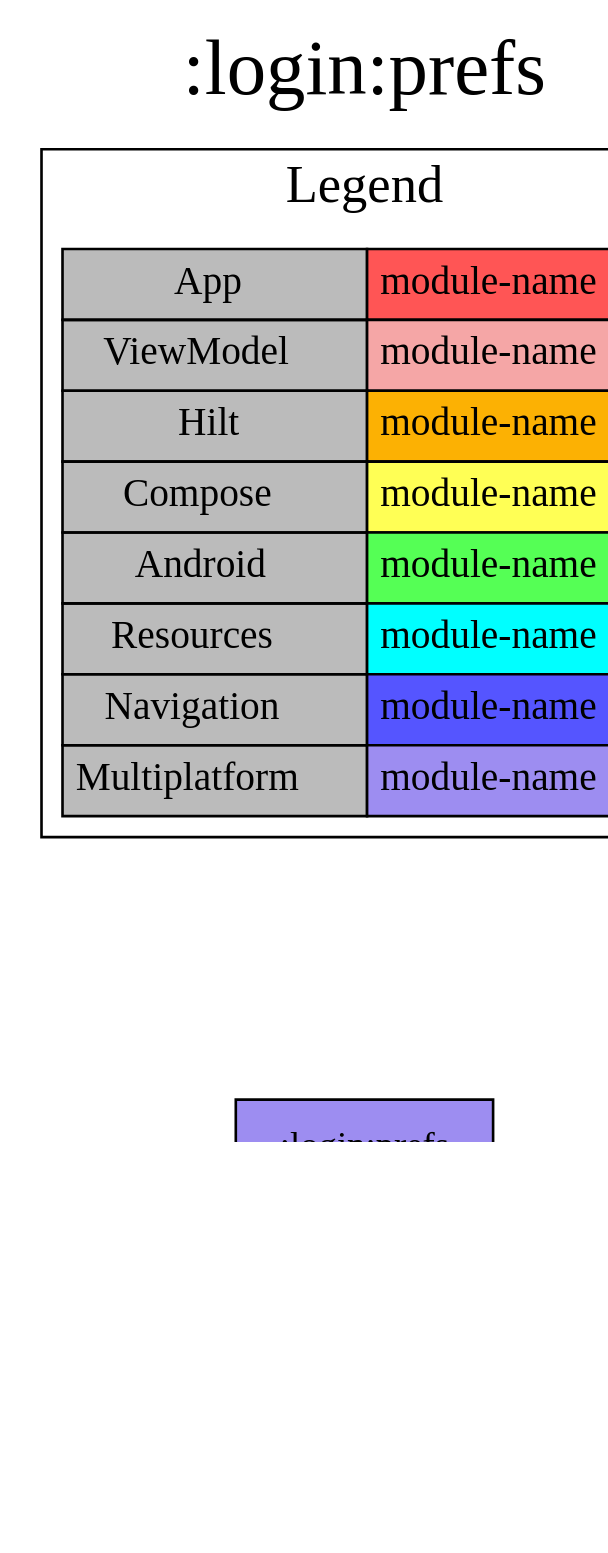
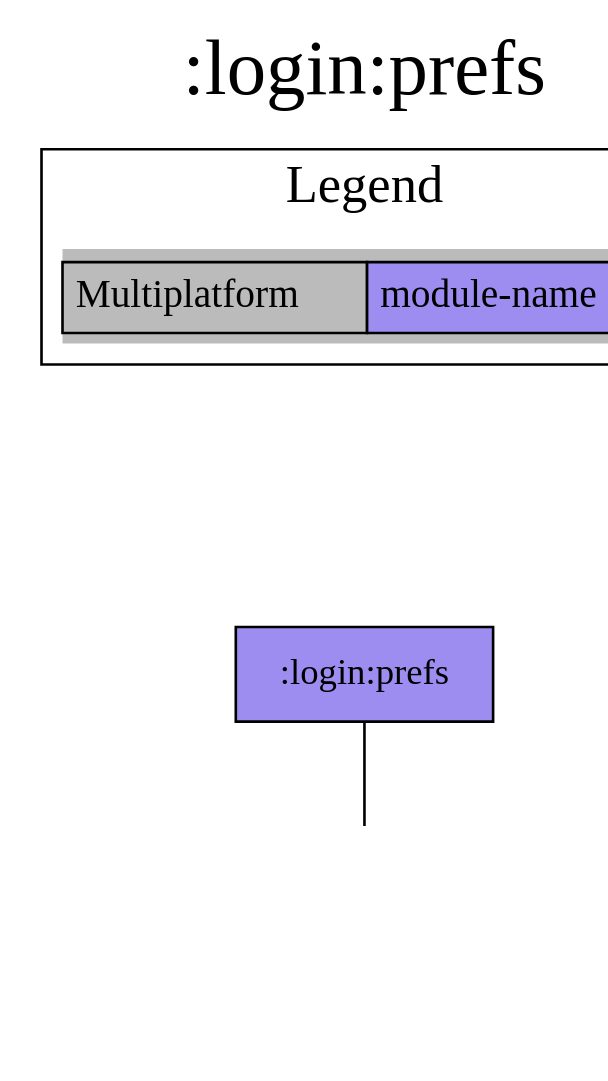
One commit to jonapoul/aktual changed the diagram in modules/login/prefs/project-dependency-graph.dot. Above: the diagram before and after it, drawn with Graphviz. The commit also changed 97 other files, not shown here.

```diff
--- a/modules/login/prefs/project-dependency-graph.dot
+++ b/modules/login/prefs/project-dependency-graph.dot
@@ -1,28 +1,21 @@
 digraph {
 edge ["dir"="forward"]
 graph ["dpi"="100","label"=":login:prefs","labelloc"="t","fontsize"="30","ranksep"="1.5","rankdir"="TB"]
 node ["style"="filled"]
+":login:model" ["fillcolor"="#9D8DF1","shape"="box"]
 ":login:prefs" ["fillcolor"="#9D8DF1","shape"="box"]
-":login:model" ["fillcolor"="#9D8DF1","shape"="box"]
 {
 edge ["dir"="none"]
 graph ["rank"="same"]
 }
 ":login:prefs" -> ":login:model"
 subgraph "cluster_legend" {
 edge ["dir"="none"]
 graph ["label"="Legend","fontsize"="20"]
 "Legend" ["style"="filled","fillcolor"="#bbbbbb","shape"="none","margin"="0","fontsize"="15","label"=<
 <TABLE BORDER="0" CELLBORDER="1" CELLSPACING="0" CELLPADDING="4">
-<TR><TD>App</TD><TD BGCOLOR="#FF5555">module-name</TD></TR>
-<TR><TD>ViewModel</TD><TD BGCOLOR="#F5A6A6">module-name</TD></TR>
-<TR><TD>Hilt</TD><TD BGCOLOR="#FCB103">module-name</TD></TR>
-<TR><TD>Compose</TD><TD BGCOLOR="#FFFF55">module-name</TD></TR>
-<TR><TD>Android</TD><TD BGCOLOR="#55FF55">module-name</TD></TR>
-<TR><TD>Resources</TD><TD BGCOLOR="#00FFFF">module-name</TD></TR>
-<TR><TD>Navigation</TD><TD BGCOLOR="#5555FF">module-name</TD></TR>
 <TR><TD>Multiplatform</TD><TD BGCOLOR="#9D8DF1">module-name</TD></TR>
 </TABLE>
 >]
 } -> ":login:prefs" ["style"="invis"]
 }
```
